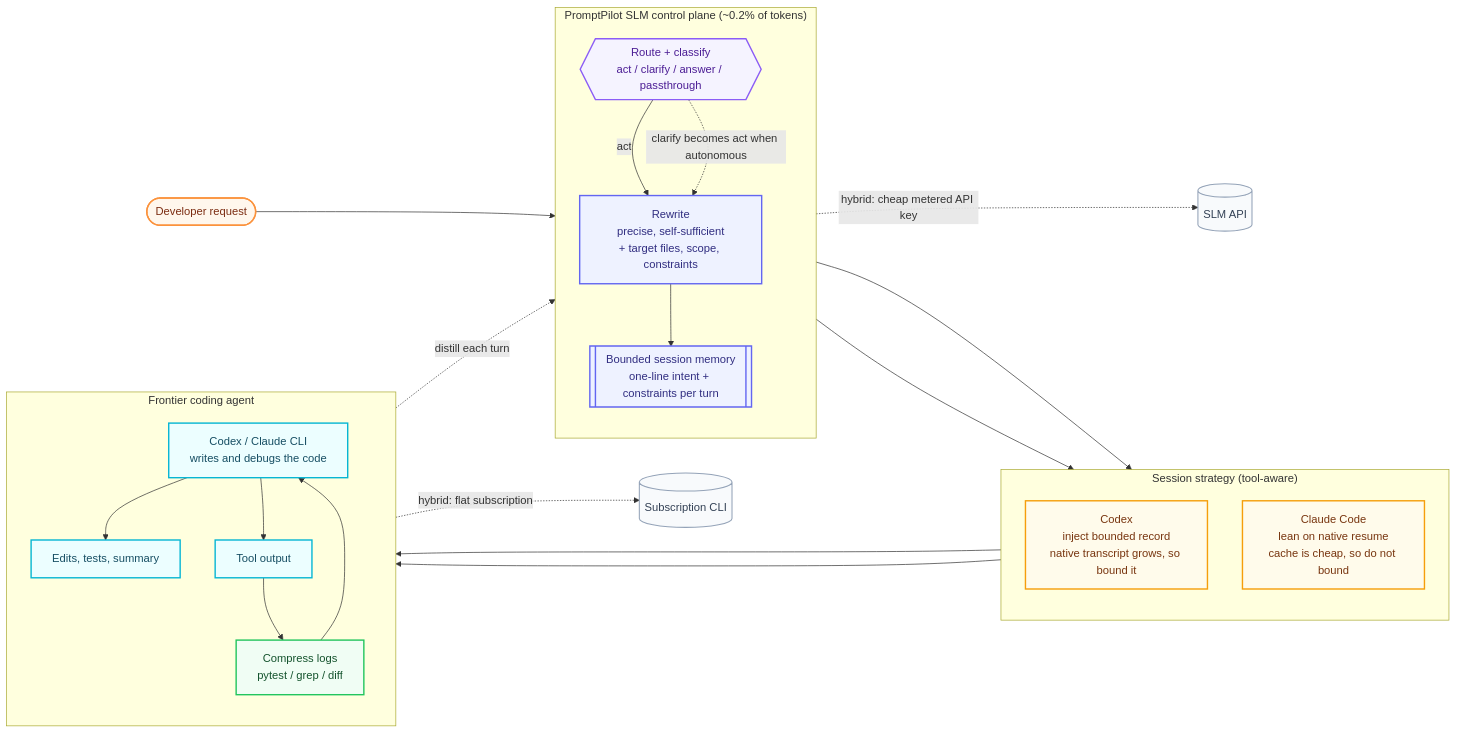
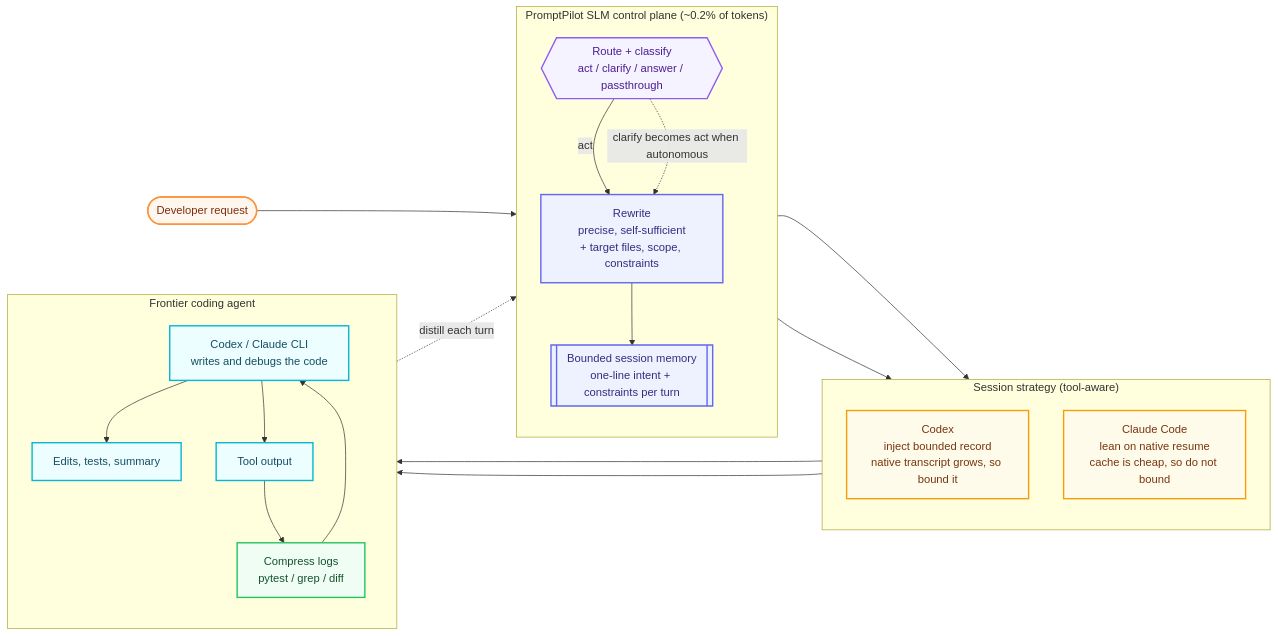
One commit to steyangdot/PromptPilot changed the diagram in README.md. Above: the diagram before and after it, drawn with Mermaid.

Commit message:
docs(readme): single SLM box in diagram — drop hybrid auth split
Treat API-key SLM and subscription SLM the same at the high level: the
PromptPilot SLM control-plane subgraph is the one dedicated SLM box.
Remove the SLM API / Subscription CLI infra nodes + hybrid edges (auth
is an option, covered in Install/prose, not the diagram's story).

````diff
--- a/README.md
+++ b/README.md
@@ -36,55 +36,50 @@
 ```mermaid
 %%{init: {"flowchart": {"curve": "basis", "nodeSpacing": 50, "rankSpacing": 64}}}%%
 flowchart LR
   U([Developer request])
 
   subgraph PP["PromptPilot SLM control plane (~0.2% of tokens)"]
     direction TB
     C{{"Route + classify<br/>act / clarify / answer / passthrough"}}
     R["Rewrite<br/>precise, self-sufficient<br/>+ target files, scope, constraints"]
     M[["Bounded session memory<br/>one-line intent + constraints per turn"]]
   end
 
   subgraph SS["Session strategy (tool-aware)"]
     direction TB
     K["Codex<br/>inject bounded record<br/>native transcript grows, so bound it"]
     L["Claude Code<br/>lean on native resume<br/>cache is cheap, so do not bound"]
   end
 
   subgraph AG["Frontier coding agent"]
     direction TB
     F["Codex / Claude CLI<br/>writes and debugs the code"]
     O["Edits, tests, summary"]
     T["Tool output"]
     H["Compress logs<br/>pytest / grep / diff"]
   end
 
   U --> C
   C -->|act| R
   C -. "clarify becomes act when autonomous" .-> R
   R --> M
   M --> K --> F
   M --> L --> F
   F --> O
   F --> T --> H --> F
   O -. "distill each turn" .-> M
 
-  C -. "hybrid: cheap metered API key" .-> API[("SLM API")]
-  F -. "hybrid: flat subscription" .-> SUB[("Subscription CLI")]
-
   classDef entry fill:#fff7ed,stroke:#fb923c,stroke-width:2px,color:#7c2d12;
   classDef control fill:#eef2ff,stroke:#6366f1,stroke-width:2px,color:#312e81;
   classDef route fill:#f5f3ff,stroke:#8b5cf6,stroke-width:2px,color:#4c1d95;
   classDef sess fill:#fffbeb,stroke:#f59e0b,stroke-width:2px,color:#78350f;
   classDef agent fill:#ecfeff,stroke:#06b6d4,stroke-width:2px,color:#164e63;
   classDef hook fill:#f0fdf4,stroke:#22c55e,stroke-width:2px,color:#14532d;
-  classDef infra fill:#f8fafc,stroke:#94a3b8,stroke-width:1.5px,color:#334155;
 
   class U entry;
   class R,M control;
   class C route;
   class K,L sess;
   class F,O,T agent;
   class H hook;
-  class API,SUB infra;
 ```
````
